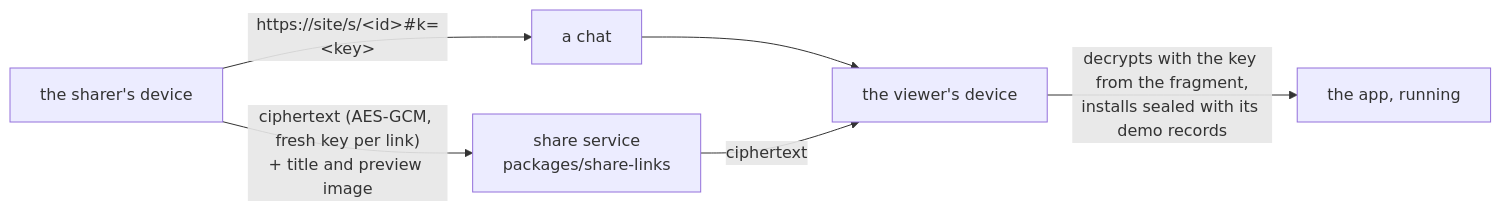
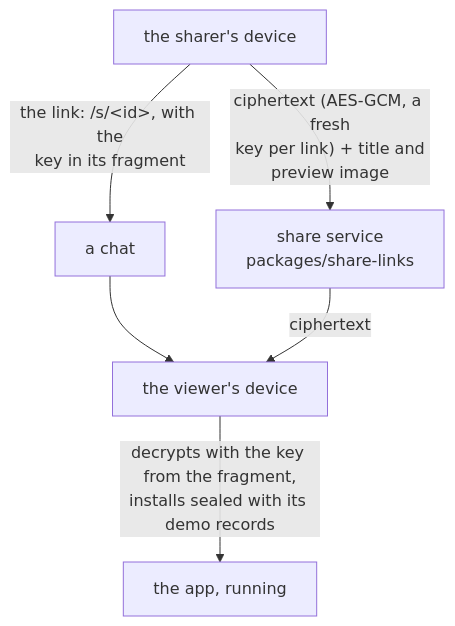
Before and after one commit to potyro-app/potyro: the eighth of 9 diagrams in docs/00-how-potyro-works.md, drawn with Mermaid. The commit also changed other lines of this file, not shown here.

First line of the commit message:
docs: 00 — diagrams that parse and fit a page column

````diff
--- a/docs/00-how-potyro-works.md
+++ b/docs/00-how-potyro-works.md
@@ -932,8 +932,8 @@
 ```mermaid
-flowchart LR
-  dev[the sharer's device] -- "ciphertext (AES-GCM, fresh key per link)<br/>+ title and preview image" --> svc[share service<br/>packages/share-links]
-  dev -- "https://site/s/&lt;id&gt;#k=&lt;key&gt;" --> chat[a chat]
+flowchart TB
+  dev[the sharer's device] -- "ciphertext (AES-GCM, a fresh<br/>key per link) + title and<br/>preview image" --> svc[share service<br/>packages/share-links]
+  dev -- "the link: /s/&lt;id&gt;, with the<br/>key in its fragment" --> chat[a chat]
   chat --> viewer[the viewer's device]
   svc -- ciphertext --> viewer
   viewer -- "decrypts with the key from the fragment,<br/>installs sealed with its demo records" --> app[the app, running]
 ```
````
